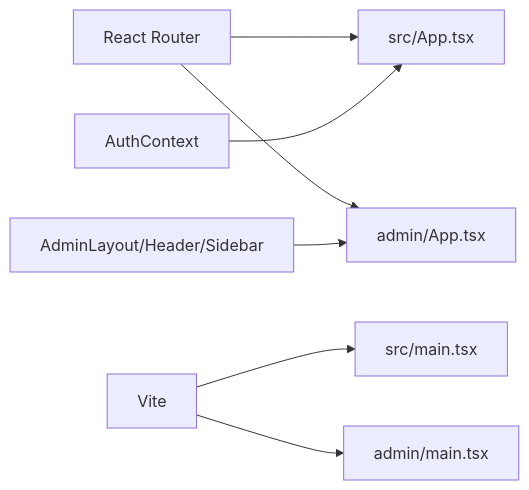
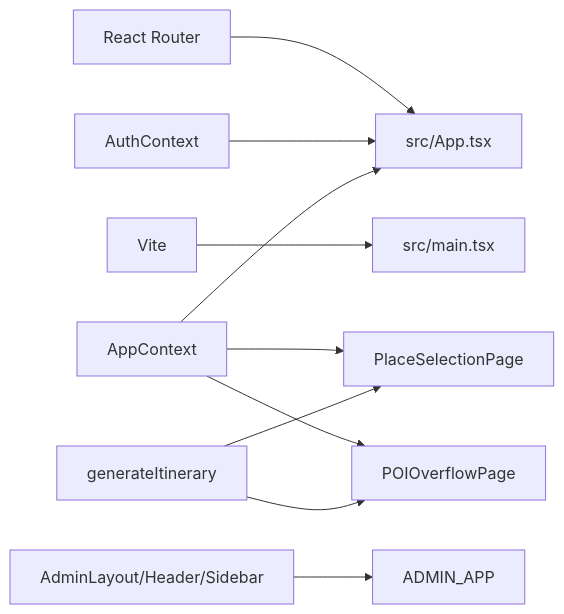
The eighth of 8 diagrams in .qoder/repowiki/zh/content/前端架构/路由与导航.md (ititjjy/AITrip-plan), drawn with Mermaid before and after one commit. The commit also changed other lines of this file and 144 other files, not shown here.

````diff
--- a/.qoder/repowiki/zh/content/前端架构/路由与导航.md
+++ b/.qoder/repowiki/zh/content/前端架构/路由与导航.md
@@ -259,9 +339,12 @@
 ```mermaid
 graph LR
 RR["React Router"] --> SRC_APP["src/App.tsx"]
-RR --> ADMIN_APP["admin/App.tsx"]
 VITE["Vite"] --> SRC_MAIN["src/main.tsx"]
-VITE --> ADMIN_MAIN["admin/main.tsx"]
 ACL["AuthContext"] --> SRC_APP
+APPCTX["AppContext"] --> SRC_APP
+APPCTX --> PS["PlaceSelectionPage"]
+APPCTX --> PO["POIOverflowPage"]
+GEN["generateItinerary"] --> PS
+GEN --> PO
 LYT["AdminLayout/Header/Sidebar"] --> ADMIN_APP
 ```
````
